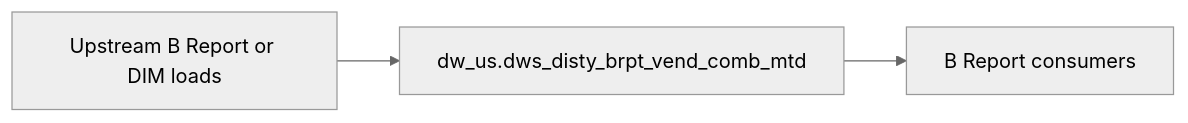
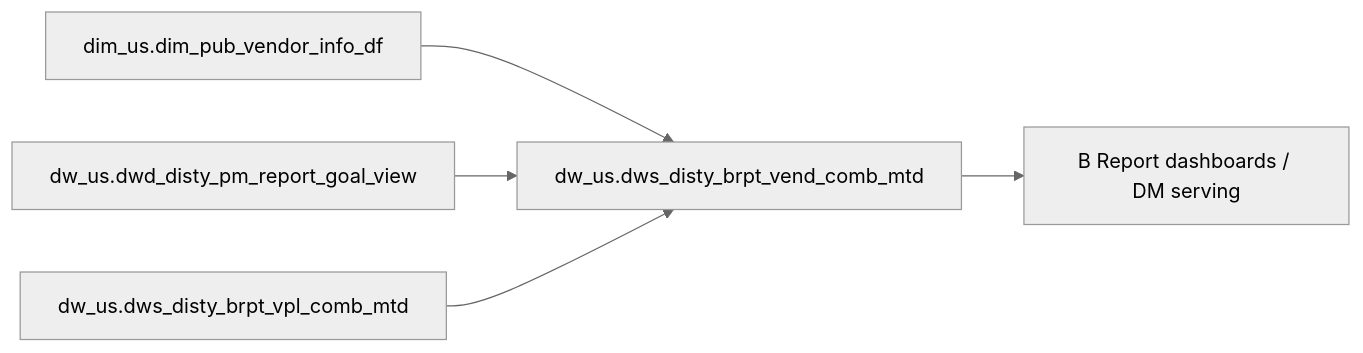
Before and after one commit to chengduhaha/data_agent: the diagram in backend/defaults/b_report/workspace/target/knowledgebase/b-report-us/dws_disty_brpt_vend_comb_mtd.md, drawn with Mermaid (neutral theme). The commit also changed other lines of this file and 1108 other files, not shown here.

````diff
--- a/backend/defaults/b_report/workspace/target/knowledgebase/b-report-us/dws_disty_brpt_vend_comb_mtd.md
+++ b/backend/defaults/b_report/workspace/target/knowledgebase/b-report-us/dws_disty_brpt_vend_comb_mtd.md
@@ -152,8 +452,12 @@
 ```mermaid
 flowchart LR
-  upstream[Upstream B Report or DIM loads]
-  tgt["dw_us.dws_disty_brpt_vend_comb_mtd"]
-  brpt[B Report consumers]
-  upstream --> tgt
-  tgt --> brpt
+  dw_us_dws_disty_brpt_vend_comb_mtd["dw_us.dws_disty_brpt_vend_comb_mtd"]
+  src0["dim_us.dim_pub_vendor_info_df"]
+  src0 --> dw_us_dws_disty_brpt_vend_comb_mtd
+  src1["dw_us.dwd_disty_pm_report_goal_view"]
+  src1 --> dw_us_dws_disty_brpt_vend_comb_mtd
+  src2["dw_us.dws_disty_brpt_vpl_comb_mtd"]
+  src2 --> dw_us_dws_disty_brpt_vend_comb_mtd
+  consumers["B Report dashboards / DM serving"]
+  dw_us_dws_disty_brpt_vend_comb_mtd --> consumers
 ```
````
